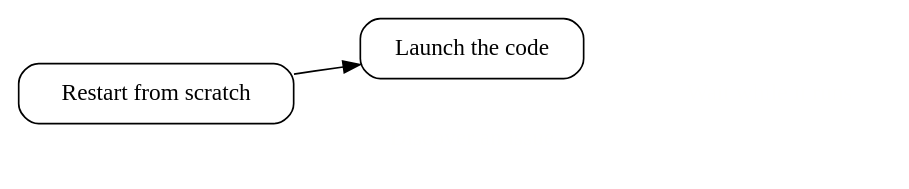
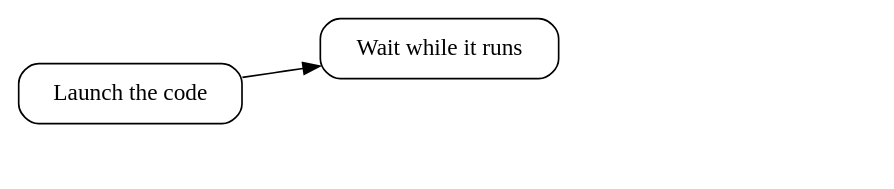
One commit to JT-39/targets-coffee-code changed the seventh of 11 diagrams in intro-targets.qmd. Above: the diagram before and after it, drawn with Graphviz. The commit also changed other lines of this file and 1 other file, not shown here.

Commit message:
Added couple slides and reordered graph, also hex logo on title slide

````diff
--- a/intro-targets.qmd
+++ b/intro-targets.qmd
@@ -169,17 +151,17 @@
 ```{dot}
 digraph G {
     rankdir=LR;
     node [shape = box style=rounded color=transparent]
     edge [color=transparent]
     {
-        A[label="Restart from scratch" color=black]
-        B[label="Launch the code" color=black]
+        A[label="Launch the code" color=black]
+        B[label="Wait while it runs" color=black]
         C[label="Discover an issue" fontcolor=transparent]
-        D[label="Wait while it runs" fontcolor=transparent]
+        D[label="Restart from scratch" fontcolor=transparent]
     }
     A -> B [color=black]
-    A -> C [dir=back color=transparent]
-    B -> D [color=transparent]
-    C -> D [dir=back color=transparent]
+    A -> D [dir=back color=transparent]
+    B -> C [color=transparent]
+    D -> C [dir=back color=transparent]
 }
 ```
````
